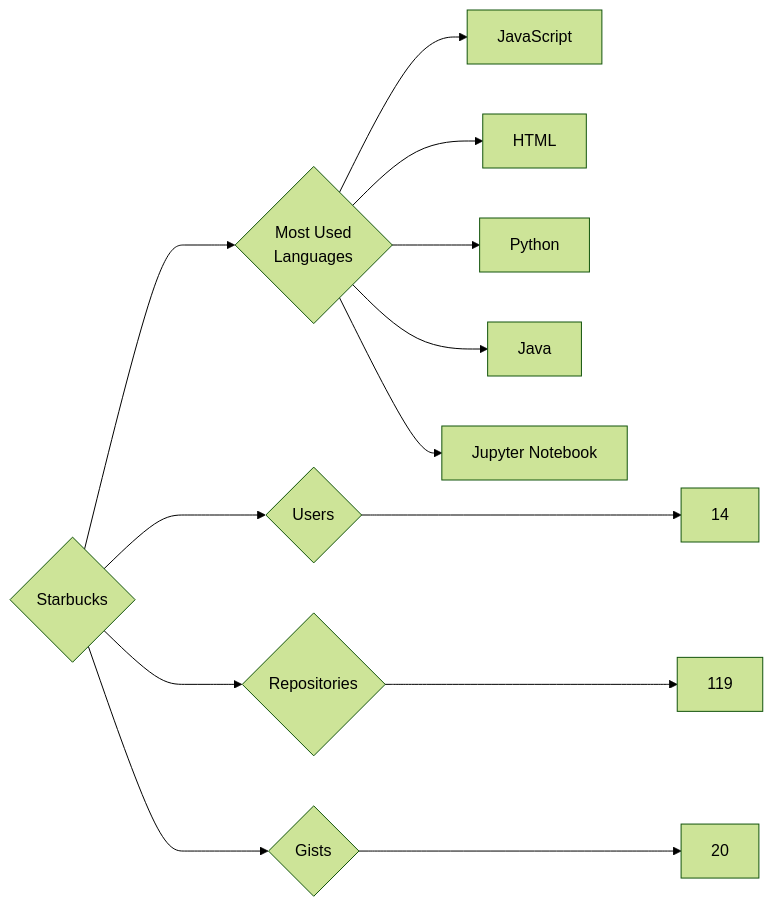
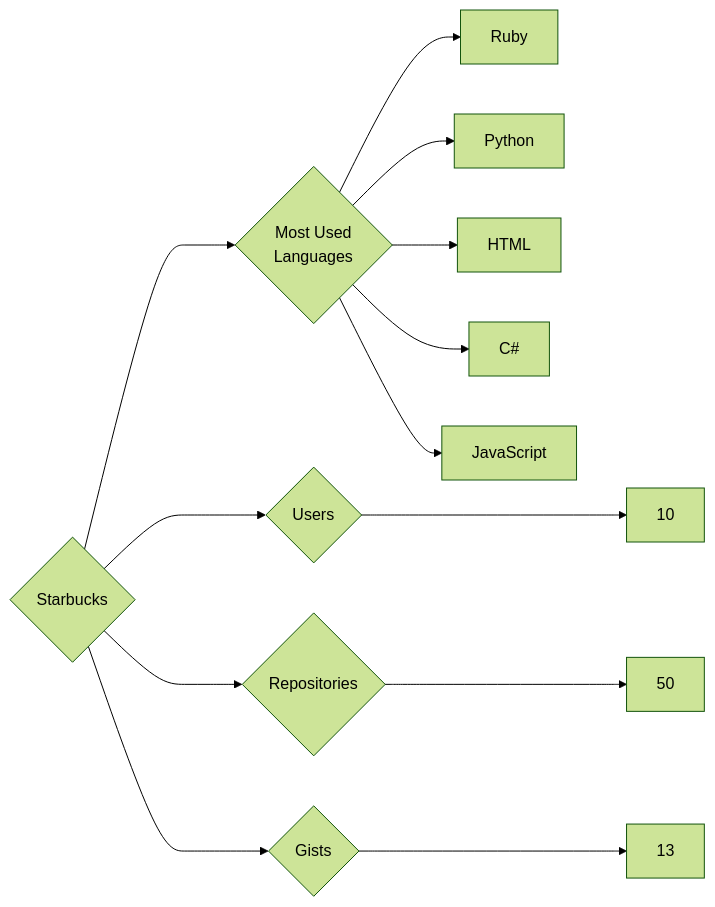
Before and after one commit to trickest/insiders: the diagram in targets/Starbucks/README.md, drawn with Mermaid (forest theme). The commit also changed 871 other files, not shown here.

````diff
--- a/targets/Starbucks/README.md
+++ b/targets/Starbucks/README.md
@@ -3,13 +3,13 @@
 ```mermaid
 graph LR
 COMPANY_NAME{Starbucks}
-COMPANY_NAME ---> U{Users} ---> UN[14]
-COMPANY_NAME ---> R{Repositories} ---> RN[119]
-COMPANY_NAME ---> G{Gists} ---> GN[20]
+COMPANY_NAME ---> U{Users} ---> UN[10]
+COMPANY_NAME ---> R{Repositories} ---> RN[50]
+COMPANY_NAME ---> G{Gists} ---> GN[13]
 COMPANY_NAME ---> ML{Most Used<br>Languages}
+ML --> Ruby[Ruby]
+ML --> Python[Python]
+ML --> HTML[HTML]
+ML --> C#[C#]
 ML --> JavaScript[JavaScript]
-ML --> HTML[HTML]
-ML --> Python[Python]
-ML --> Java[Java]
-ML --> Jupyter_Notebook[Jupyter Notebook]
 ```
````
